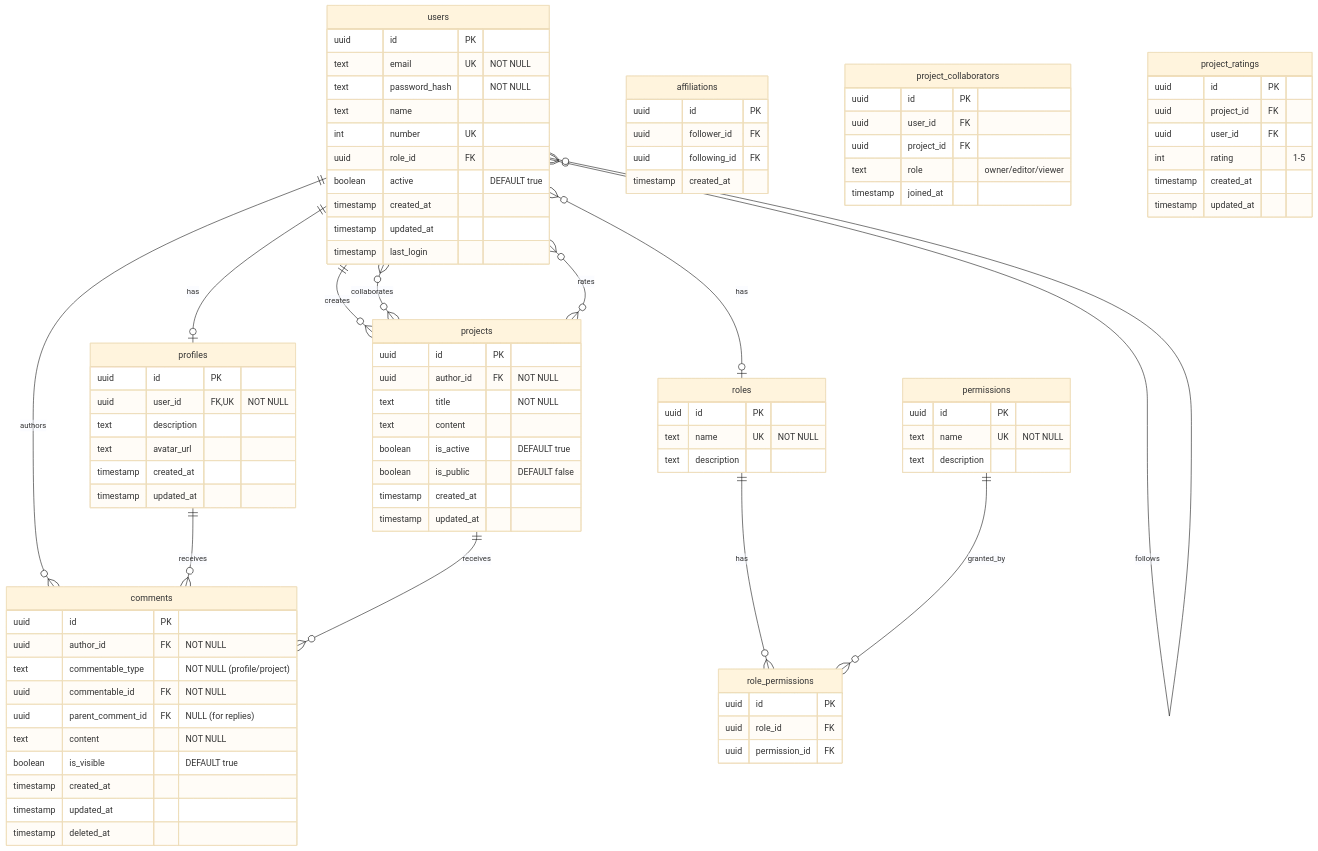
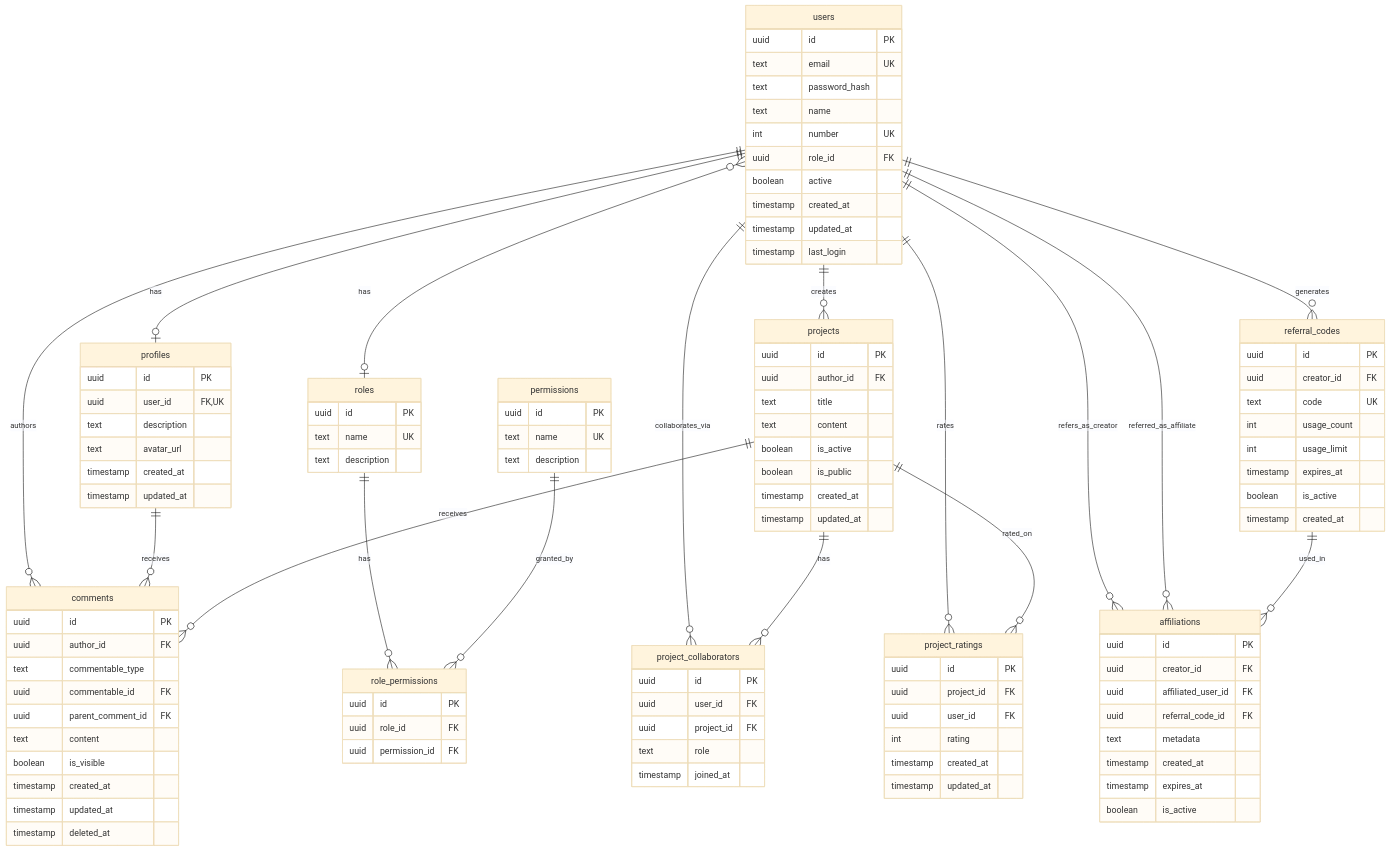
Before and after one commit to ErJaLo/EDITH: the second of 2 diagrams in Obsidian-EDITH/schema.md, drawn with Mermaid (base theme). The commit also changed 1 other file, not shown here.

Commit message:
updated schema new

````diff
--- a/Obsidian-EDITH/schema.md
+++ b/Obsidian-EDITH/schema.md
@@ -143,24 +143,30 @@
     users }o--o| roles : has
     users ||--o{ projects : creates
     users ||--o{ comments : authors
-    users }o--o{ projects : collaborates
-    users }o--o{ users : follows
-    users }o--o{ projects : rates
+    users ||--o{ project_collaborators : "collaborates_via"
+    users ||--o{ project_ratings : rates
+    users ||--o{ affiliations : "refers_as_creator"
+    users ||--o{ affiliations : "referred_as_affiliate"
+    users ||--o{ referral_codes : generates
     
     roles ||--o{ role_permissions : has
     permissions ||--o{ role_permissions : granted_by
     
     profiles ||--o{ comments : receives
     projects ||--o{ comments : receives
+    projects ||--o{ project_collaborators : has
+    projects ||--o{ project_ratings : rated_on
+    
+    referral_codes ||--o{ affiliations : "used_in"
 
     users {
         uuid id PK
-        text email UK "NOT NULL"
-        text password_hash "NOT NULL"
+        text email UK
+        text password_hash
         text name
         int number UK
         uuid role_id FK
-        boolean active "DEFAULT true"
+        boolean active
         timestamp created_at
         timestamp updated_at
         timestamp last_login
@@ -168,7 +174,7 @@
     
     profiles {
         uuid id PK
-        uuid user_id FK, UK "NOT NULL"
+        uuid user_id FK,UK
         text description
         text avatar_url
         timestamp created_at
@@ -177,12 +183,12 @@
     
     comments {
         uuid id PK
-        uuid author_id FK "NOT NULL"
-        text commentable_type "NOT NULL (profile/project)"
-        uuid commentable_id FK "NOT NULL"
-        uuid parent_comment_id FK "NULL (for replies)"
-        text content "NOT NULL"
-        boolean is_visible "DEFAULT true"
+        uuid author_id FK
+        text commentable_type
+        uuid commentable_id FK
+        uuid parent_comment_id FK
+        text content
+        boolean is_visible
         timestamp created_at
         timestamp updated_at
         timestamp deleted_at
@@ -190,13 +196,13 @@
     
     roles {
         uuid id PK
-        text name UK "NOT NULL"
+        text name UK
         text description
     }
     
     permissions {
         uuid id PK
-        text name UK "NOT NULL"
+        text name UK
         text description
     }
     
@@ -206,28 +212,43 @@
         uuid permission_id FK
     }
     
+    referral_codes {
+        uuid id PK
+        uuid creator_id FK
+        text code UK
+        int usage_count
+        int usage_limit
+        timestamp expires_at
+        boolean is_active
+        timestamp created_at
+    }
+    
     affiliations {
         uuid id PK
-        uuid follower_id FK
-        uuid following_id FK
+        uuid creator_id FK
+        uuid affiliated_user_id FK
+        uuid referral_code_id FK
+        text metadata
         timestamp created_at
+        timestamp expires_at
+        boolean is_active
     }
     
     project_collaborators {
         uuid id PK
         uuid user_id FK
         uuid project_id FK
-        text role "owner/editor/viewer"
+        text role
         timestamp joined_at
     }
     
     projects {
         uuid id PK
-        uuid author_id FK "NOT NULL"
-        text title "NOT NULL"
+        uuid author_id FK
+        text title
         text content
-        boolean is_active "DEFAULT true"
-        boolean is_public "DEFAULT false"
+        boolean is_active
+        boolean is_public
         timestamp created_at
         timestamp updated_at
     }
@@ -236,8 +257,10 @@
         uuid id PK
         uuid project_id FK
         uuid user_id FK
-        int rating "1-5"
+        int rating
         timestamp created_at
         timestamp updated_at
     }
+
+
 ```
````
